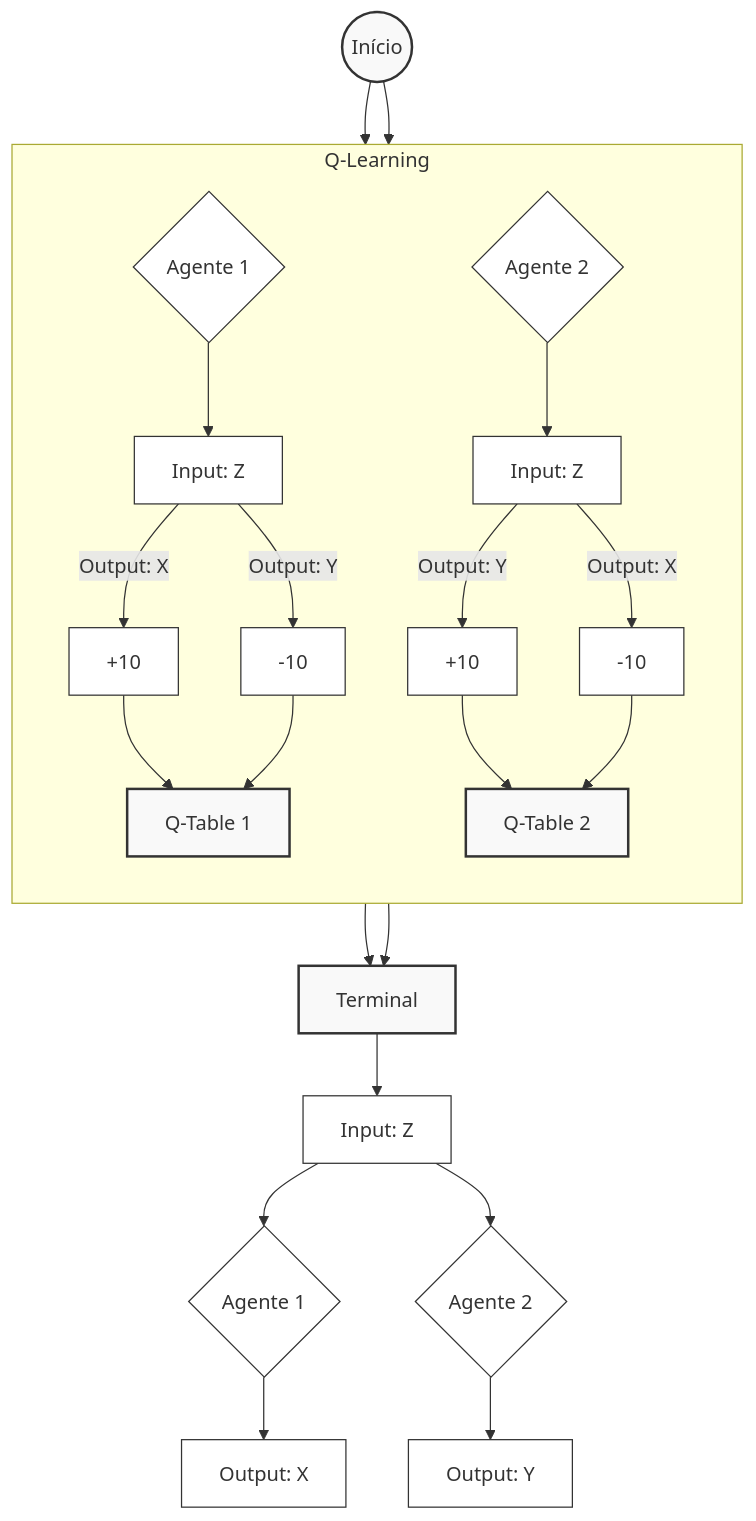
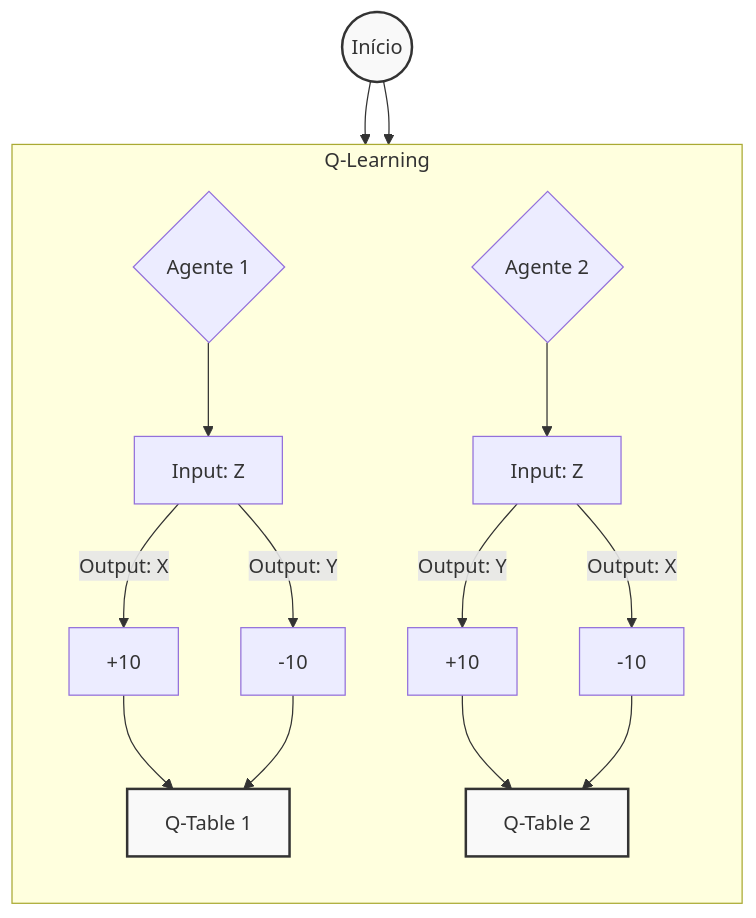
One commit to leosantos2003/Language-Games changed the first of 2 diagrams in README.md. Above: the diagram before and after it, drawn with Mermaid. The commit also changed other lines of this file, not shown here.

````diff
--- a/README.md
+++ b/README.md
@@ -58,47 +58,33 @@
 ```mermaid
 graph TD
     %% --- INÍCIO ---
     Start((Início)) --> Ag1{Agente 1}
     Start --> Ag2{Agente 2}
 
     %% --- ÁREA Q-LEARNING ---
     subgraph Q_Learning [Q-Learning]
         direction TB
         
-        %% Caminho da Esquerda (Agente 1)
+        %% Caminho do Agente 1
         Ag1 --> InputZ_A1[Input: Z]
         InputZ_A1 -- Output: X --> Pos1[+10]
         InputZ_A1 -- Output: Y --> Neg1[-10]
         
-        %% Nova Conexão: Agente 1 atualiza a Q-Table 1
+        %% Agente 1 atualiza a Q-Table 1
         Pos1 --> QT1[Q-Table 1]
         Neg1 --> QT1
 
-        %% Caminho da Direita (Agente 2)
+        %% Caminho do Agente 2
         Ag2 --> InputZ_A2[Input: Z]
         InputZ_A2 -- Output: Y --> Pos2[+10]
         InputZ_A2 -- Output: X --> Neg2[-10]
 
-        %% Nova Conexão: Agente 2 atualiza a Q-Table 2
+        %% Agente 2 atualiza a Q-Table 2
         Pos2 --> QT2[Q-Table 2]
         Neg2 --> QT2
     end
 
-    %% --- TRANSIÇÃO ---
-    %% Agora quem se conecta ao Terminal são as Q-Tables
-    QT1 --> Term[Terminal]
-    QT2 --> Term
-
-    %% --- ÁREA TERMINAL ---
-    Term --> Term_Input[Input: Z]
-    Term_Input --> T_Ag1{Agente 1}
-    Term_Input --> T_Ag2{Agente 2}
-    
-    T_Ag1 --> FinalX[Output: X]
-    T_Ag2 --> FinalY[Output: Y]
-
     %% --- ESTILOS ---
-    classDef default fill:#fff,stroke:#333,stroke-width:1px;
     classDef highlight fill:#f9f9f9,stroke:#333,stroke-width:2px;
-    class Start,Term,QT1,QT2 highlight;
+    class Start,QT1,QT2 highlight;
 ```
````
